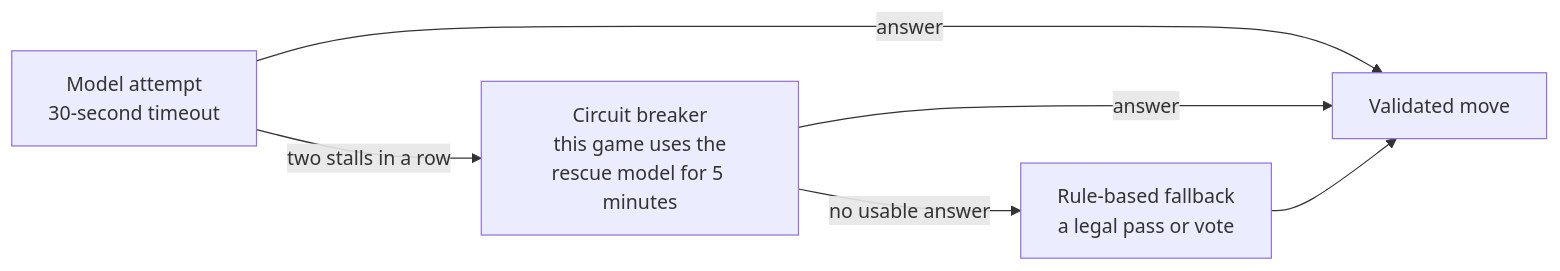
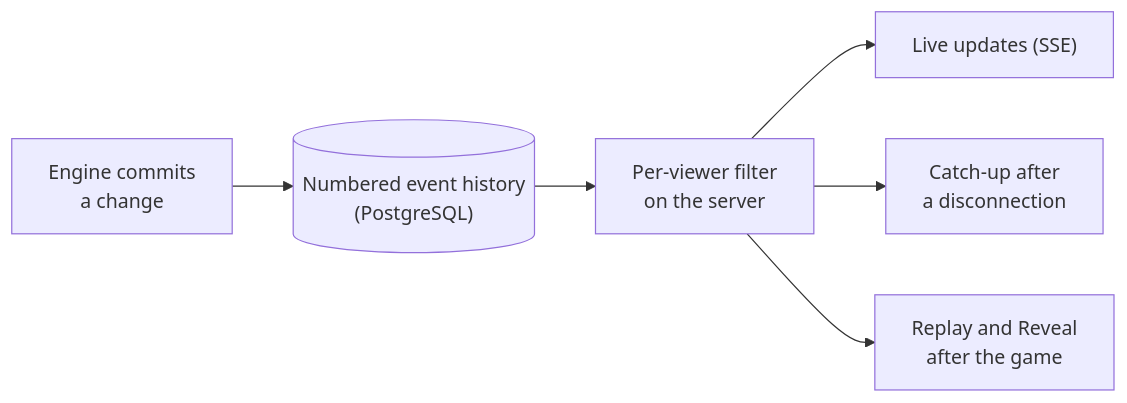
One commit to Haochen92/werewolf-agent-sim changed the fourth of 4 diagrams in writeup/overview.md. Above: the diagram before and after it, drawn with Mermaid. The commit also changed other lines of this file, not shown here.

````diff
--- a/writeup/overview.md
+++ b/writeup/overview.md
@@ -317,8 +258,8 @@
 ```mermaid
 flowchart LR
-    A["Model attempt<br/>30-second timeout"] -->|"two stalls in a row"| CB["Circuit breaker<br/>this game uses the<br/>rescue model for 5 minutes"]
-    A -->|"answer"| OK["Validated move"]
-    CB -->|"answer"| OK
-    CB -->|"no usable answer"| FB["Rule-based fallback<br/>a legal pass or vote"]
-    FB --> OK
+    E["Engine commits<br/>a change"] --> H[("Numbered event history<br/>(PostgreSQL)")]
+    H --> F["Per-viewer filter<br/>on the server"]
+    F --> L["Live updates (SSE)"]
+    F --> C["Catch-up after<br/>a disconnection"]
+    F --> R["Replay and Reveal<br/>after the game"]
 ```
````
